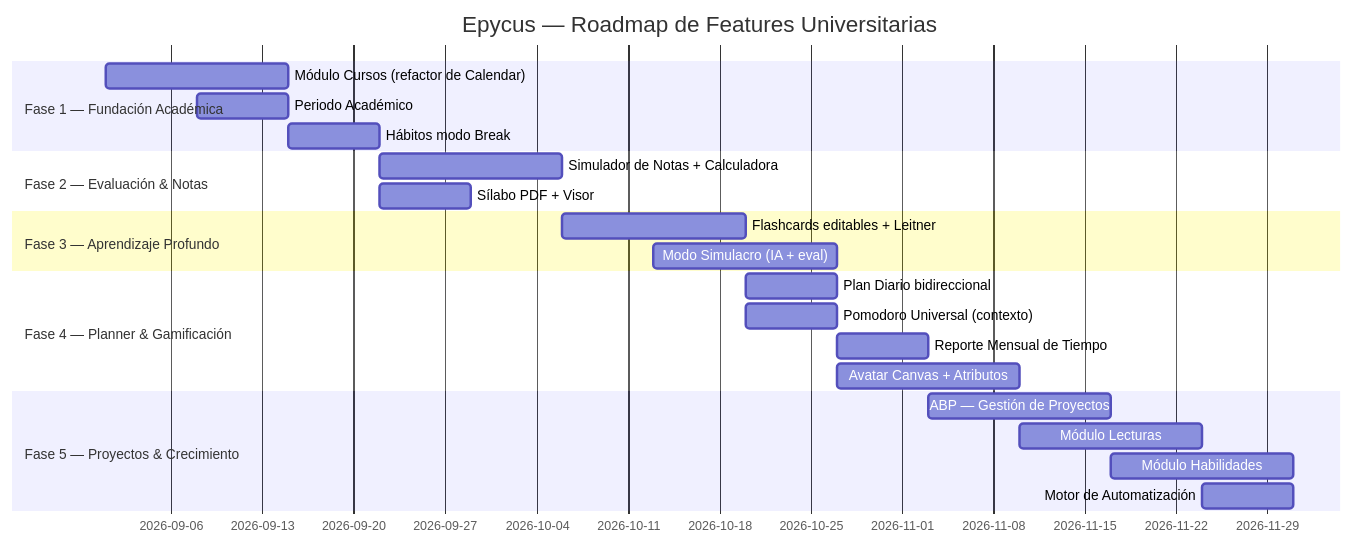
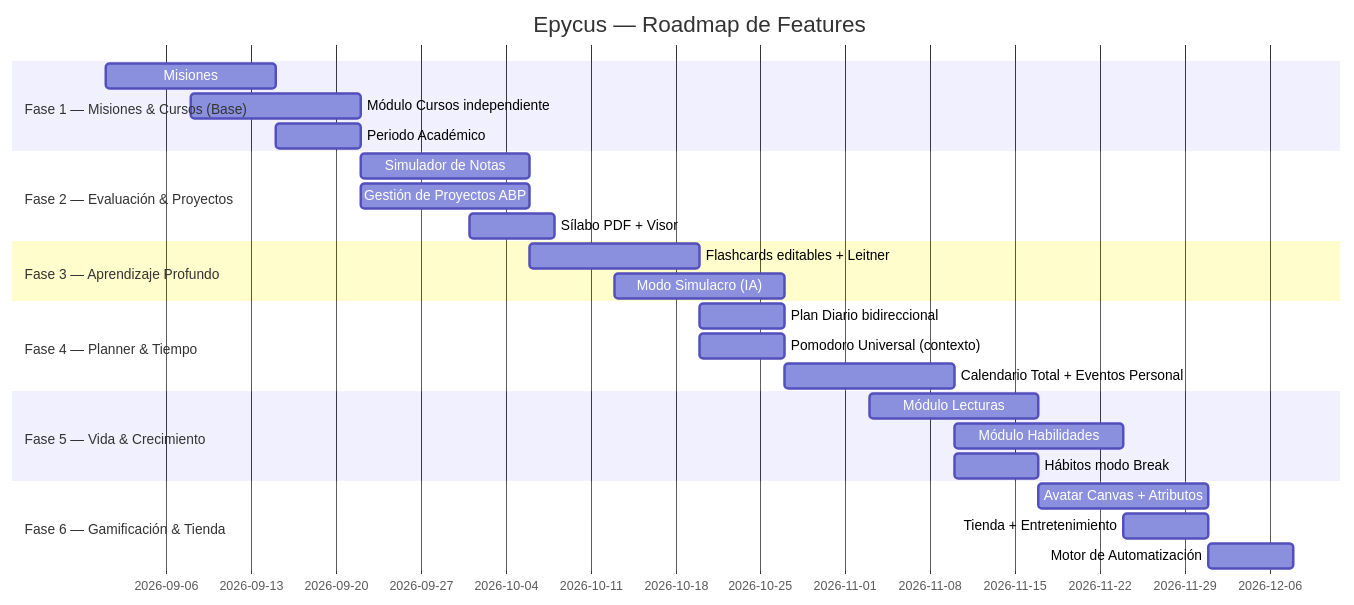
One commit to Chester0802/EpycusApp changed the diagram in epycus killer features.md. Above: the diagram before and after it, drawn with Mermaid. The commit also changed other lines of this file, not shown here.

Commit message:
docs: complete 20-feature killer features — missions kanban, ABP, calendar, entertainment, automation

````diff
--- a/epycus killer features.md
+++ b/epycus killer features.md
@@ -704,25 +658,28 @@
 ```mermaid
 gantt
-    title Epycus — Roadmap de Features Universitarias
+    title Epycus — Roadmap de Features
     dateFormat YYYY-MM-DD
-    section Fase 1 — Fundación Académica
-        Módulo Cursos (refactor de Calendar)  :2026-09-01, 2w
-        Periodo Académico                     :2026-09-08, 1w
-        Hábitos modo Break                    :2026-09-15, 1w
-    section Fase 2 — Evaluación & Notas
-        Simulador de Notas + Calculadora      :2026-09-22, 2w
-        Sílabo PDF + Visor                    :2026-09-22, 1w
+    section Fase 1 — Misiones & Cursos (Base)
+        Misiones: tipo + Kanban + Canvas    :2026-09-01, 2w
+        Módulo Cursos independiente         :2026-09-08, 2w
+        Periodo Académico                   :2026-09-15, 1w
+    section Fase 2 — Evaluación & Proyectos
+        Simulador de Notas                  :2026-09-22, 2w
+        Gestión de Proyectos ABP            :2026-09-22, 2w
+        Sílabo PDF + Visor                  :2026-10-01, 1w
     section Fase 3 — Aprendizaje Profundo
-        Flashcards editables + Leitner        :2026-10-06, 2w
-        Modo Simulacro (IA + eval)            :2026-10-13, 2w
-    section Fase 4 — Planner & Gamificación
-        Plan Diario bidireccional             :2026-10-20, 1w
-        Pomodoro Universal (contexto)         :2026-10-20, 1w
-        Reporte Mensual de Tiempo             :2026-10-27, 1w
-        Avatar Canvas + Atributos             :2026-10-27, 2w
-    section Fase 5 — Proyectos & Crecimiento
-        ABP — Gestión de Proyectos            :2026-11-03, 2w
-        Módulo Lecturas                       :2026-11-10, 2w
-        Módulo Habilidades                    :2026-11-17, 2w
-        Motor de Automatización               :2026-11-24, 1w
+        Flashcards editables + Leitner      :2026-10-06, 2w
+        Modo Simulacro (IA)                 :2026-10-13, 2w
+    section Fase 4 — Planner & Tiempo
+        Plan Diario bidireccional           :2026-10-20, 1w
+        Pomodoro Universal (contexto)       :2026-10-20, 1w
+        Calendario Total + Eventos Personal :2026-10-27, 2w
+    section Fase 5 — Vida & Crecimiento
+        Módulo Lecturas                     :2026-11-03, 2w
+        Módulo Habilidades                  :2026-11-10, 2w
+        Hábitos modo Break                  :2026-11-10, 1w
+    section Fase 6 — Gamificación & Tienda
+        Avatar Canvas + Atributos           :2026-11-17, 2w
+        Tienda + Entretenimiento            :2026-11-24, 1w
+        Motor de Automatización             :2026-12-01, 1w
 ```
````
